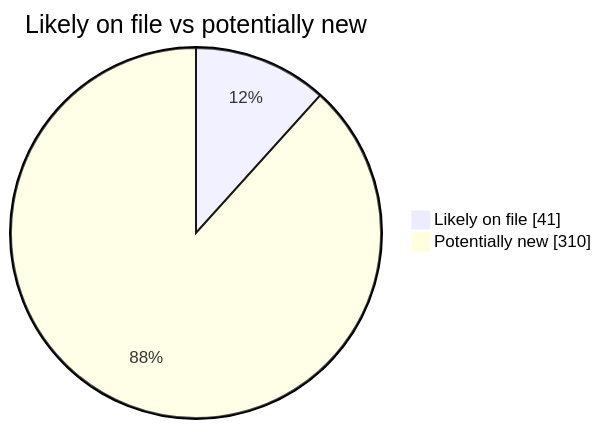
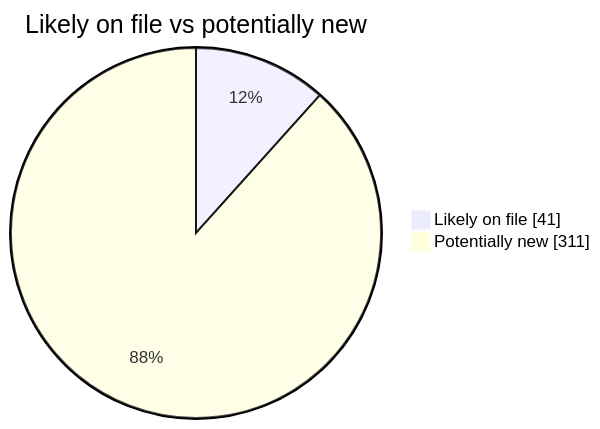
The second of 4 diagrams in README.md (martinbalfanz/social-scanner-reports), drawn with Mermaid before and after one commit. The commit also changed other lines of this file and 4 other files, not shown here.

````diff
--- a/README.md
+++ b/README.md
@@ -40,5 +40,5 @@
 ```mermaid
 pie showData title Likely on file vs potentially new
     "Likely on file" : 41
-    "Potentially new" : 310
+    "Potentially new" : 311
 ```
````
